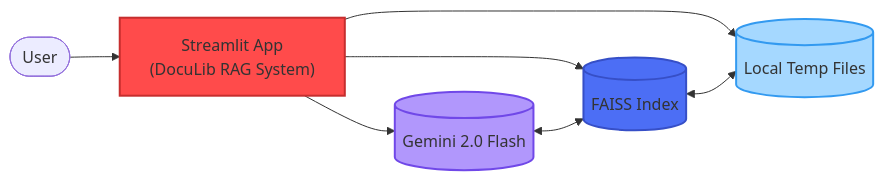
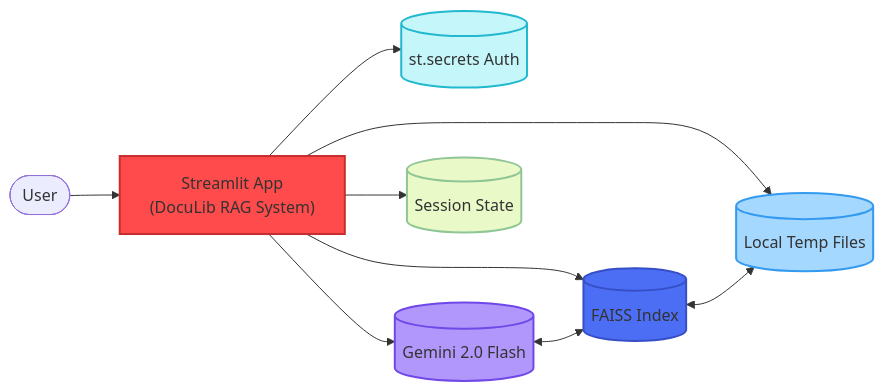
Before and after one commit to fahmizainal17/DocuLib_RAG_Project: the diagram in README.md, drawn with Mermaid. The commit also changed other lines of this file and 1 other file, not shown here.

`````diff
--- a/README.md
+++ b/README.md
@@ -19,20 +28,26 @@
 ```mermaid
 flowchart LR
     User([User])
     StreamlitApp["Streamlit App<br>(DocuLib RAG System)"]
+    Auth[(st.secrets Auth)]
     FAISS[(FAISS Index)]
     Gemini[(Gemini 2.0 Flash)]
     Storage[(Local Temp Files)]
+    Session[(Session State)]
 
     User --> StreamlitApp
+    StreamlitApp --> Auth
     StreamlitApp --> FAISS
     StreamlitApp --> Gemini
     StreamlitApp --> Storage
+    StreamlitApp --> Session
     FAISS <--> Storage
     Gemini <--> FAISS
 
     style StreamlitApp fill:#FF4B4B,stroke:#C62E2E,stroke-width:2px
     style FAISS fill:#4C6EF5,stroke:#364FC7,stroke-width:2px
     style Gemini fill:#B197FC,stroke:#7048E8,stroke-width:2px
     style Storage fill:#A5D8FF,stroke:#339AF0,stroke-width:2px
-```
+    style Auth fill:#C5F6FA,stroke:#22B8CF,stroke-width:2px
+    style Session fill:#E9FAC8,stroke:#90C695,stroke-width:2px
+````
`````
